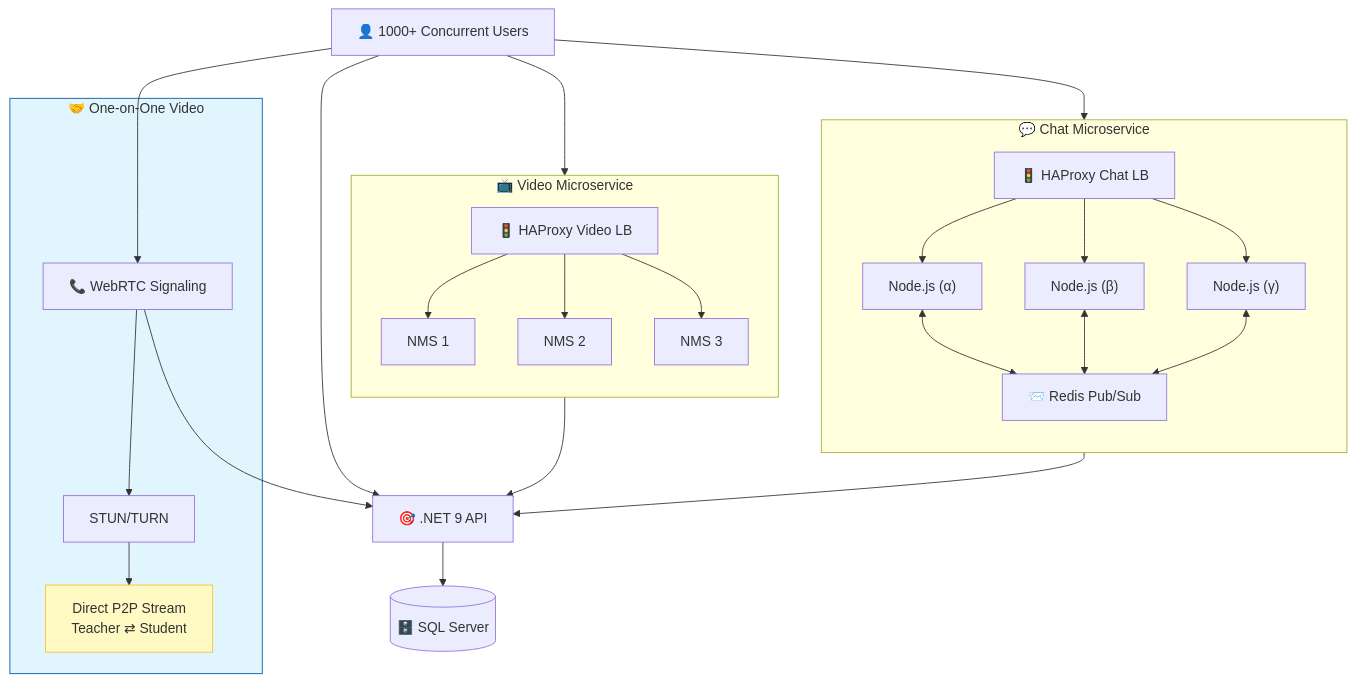
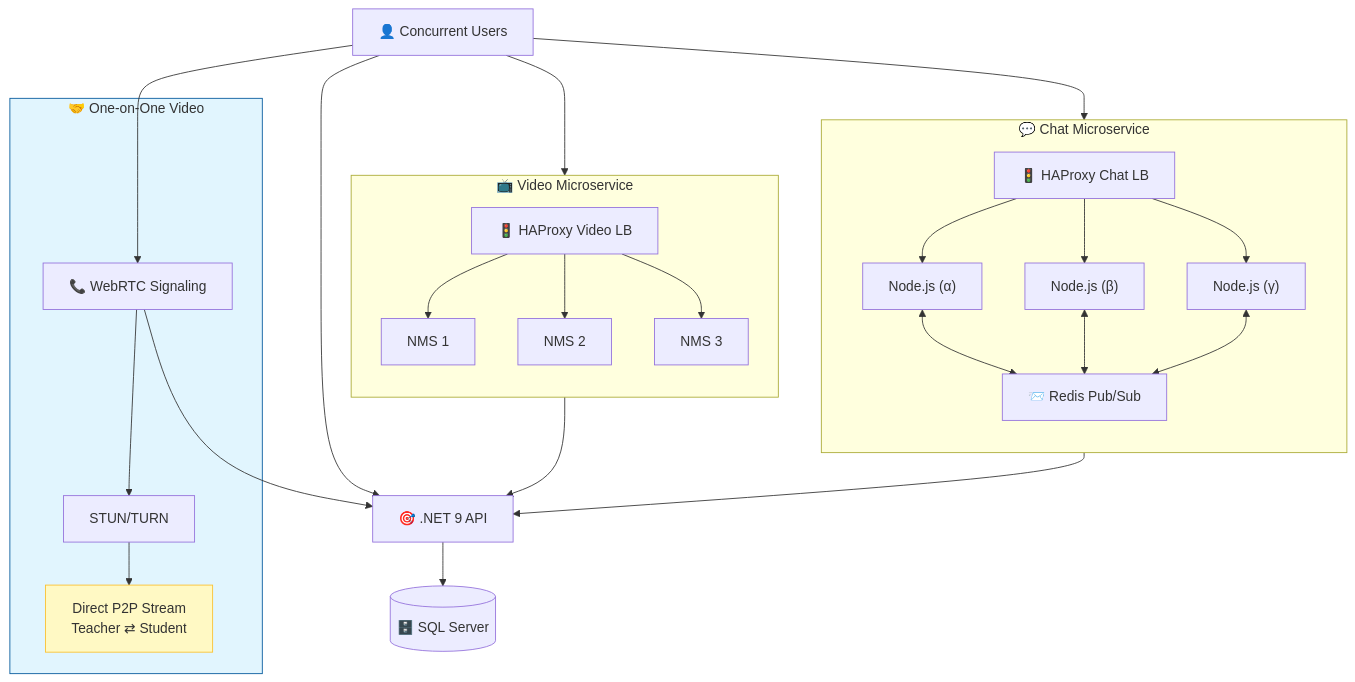
The diagram in README.md (Ahmed-yasser86/Ahmed-yasser86), drawn with Mermaid before and after one commit.

````diff
--- a/README.md
+++ b/README.md
@@ -69,37 +69,37 @@
 ```mermaid
 flowchart TB
-    User["👤 1000+ Concurrent Users"] --> LB1["🚦 HAProxy Chat LB"]
+    User["👤  Concurrent Users"] --> LB1["🚦 HAProxy Chat LB"]
     User --> LB2["🚦 HAProxy Video LB"]
     User --> API["🎯 .NET 9 API"]
     User --> WebRTC["📞 WebRTC Signaling"]
     
     subgraph ChatCluster["💬 Chat Microservice"]
         direction TB
         LB1 --> C1["Node.js (α)"] 
         LB1 --> C2["Node.js (β)"] 
         LB1 --> C3["Node.js (γ)"]
         C1 <--> Redis["📨 Redis Pub/Sub"]
         C2 <--> Redis
         C3 <--> Redis
     end
     
     subgraph VideoCluster["📺 Video Microservice"]
         direction TB
         LB2 --> V1["NMS 1"] 
         LB2 --> V2["NMS 2"] 
         LB2 --> V3["NMS 3"]
     end
     
     subgraph P2P["🤝 One-on-One Video"]
         WebRTC --> Signal["STUN/TURN"]
         Signal --> Direct["Direct P2P Stream<br/>Teacher ⇄ Student"]
     end
     
     API --> DB[("🗄️ SQL Server")]
     ChatCluster --> API
     VideoCluster --> API
     WebRTC --> API
     
     style P2P fill:#e1f5fe,stroke:#01579b
     style Direct fill:#fff9c4,stroke:#fbc02d
 ```
````
